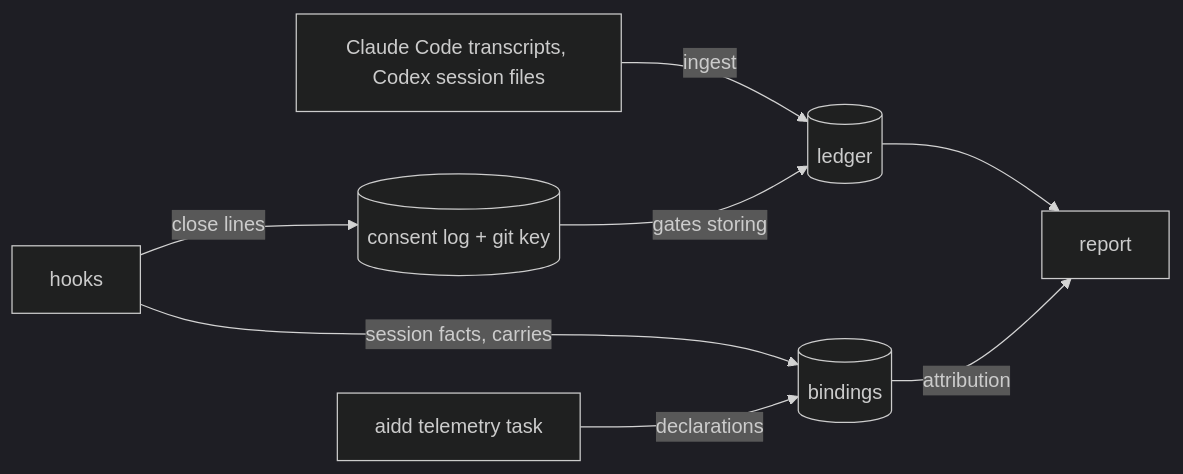
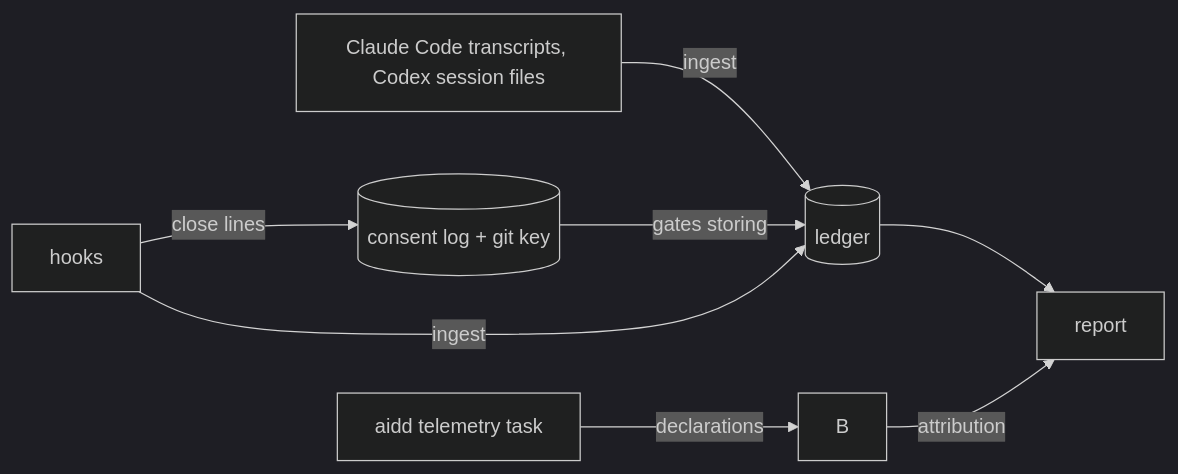
The first of 3 diagrams in aidd_docs/product/usage-contract.md (ai-driven-dev/framework), drawn with Mermaid (dark theme) before and after one commit. The commit also changed other lines of this file and 3 other files, not shown here.

````diff
--- a/aidd_docs/product/usage-contract.md
+++ b/aidd_docs/product/usage-contract.md
@@ -14,10 +14,10 @@
 ```mermaid
 flowchart LR
   T["Claude Code transcripts, Codex session files"] -->|"ingest"| L[("ledger")]
   C[("consent log + git key")] -->|"gates storing"| L
-  H["hooks"] -->|"session facts, carries"| B[("bindings")]
+  H["hooks"] -->|"ingest"| L
   H -->|"close lines"| C
   K["aidd telemetry task"] -->|"declarations"| B
   L --> R["report"]
   B -->|"attribution"| R
 ```
````
